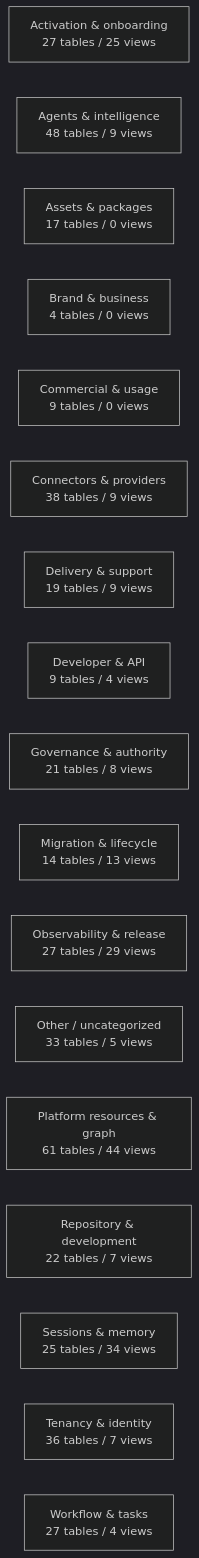
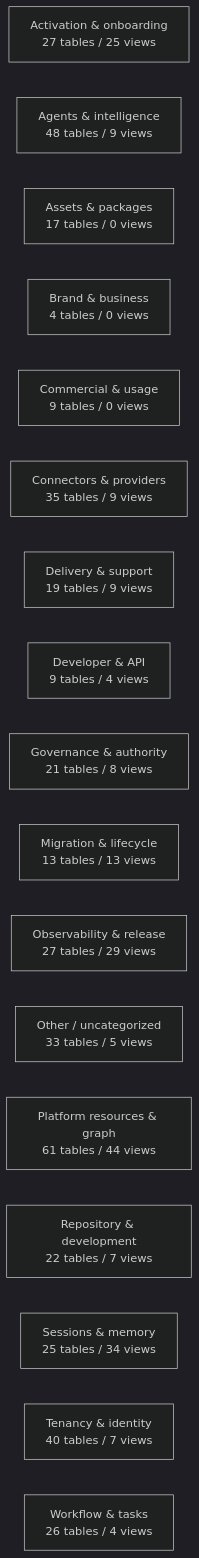
The diagram in docs/work-maps/data-model-domain-map.md (mad4bdigital-ai/multi-business-multi-role-growth-intelligence-os), drawn with Mermaid (dark theme) before and after one commit. The commit also changed other lines of this file and 2 other files, not shown here.

````diff
--- a/docs/work-maps/data-model-domain-map.md
+++ b/docs/work-maps/data-model-domain-map.md
@@ -9,20 +9,20 @@
 ```mermaid
 flowchart LR
   n_Activation___onboarding["Activation & onboarding<br/>27 tables / 25 views"]
   n_Agents___intelligence["Agents & intelligence<br/>48 tables / 9 views"]
   n_Assets___packages["Assets & packages<br/>17 tables / 0 views"]
   n_Brand___business["Brand & business<br/>4 tables / 0 views"]
   n_Commercial___usage["Commercial & usage<br/>9 tables / 0 views"]
-  n_Connectors___providers["Connectors & providers<br/>38 tables / 9 views"]
+  n_Connectors___providers["Connectors & providers<br/>35 tables / 9 views"]
   n_Delivery___support["Delivery & support<br/>19 tables / 9 views"]
   n_Developer___API["Developer & API<br/>9 tables / 4 views"]
   n_Governance___authority["Governance & authority<br/>21 tables / 8 views"]
-  n_Migration___lifecycle["Migration & lifecycle<br/>14 tables / 13 views"]
+  n_Migration___lifecycle["Migration & lifecycle<br/>13 tables / 13 views"]
   n_Observability___release["Observability & release<br/>27 tables / 29 views"]
   n_Other___uncategorized["Other / uncategorized<br/>33 tables / 5 views"]
   n_Platform_resources___graph["Platform resources & graph<br/>61 tables / 44 views"]
   n_Repository___development["Repository & development<br/>22 tables / 7 views"]
   n_Sessions___memory["Sessions & memory<br/>25 tables / 34 views"]
-  n_Tenancy___identity["Tenancy & identity<br/>36 tables / 7 views"]
-  n_Workflow___tasks["Workflow & tasks<br/>27 tables / 4 views"]
+  n_Tenancy___identity["Tenancy & identity<br/>40 tables / 7 views"]
+  n_Workflow___tasks["Workflow & tasks<br/>26 tables / 4 views"]
 ```
````
